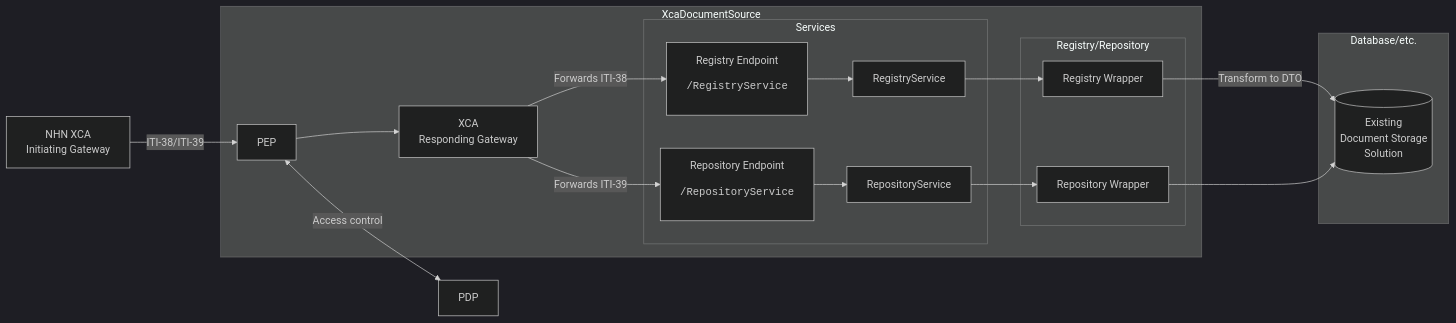
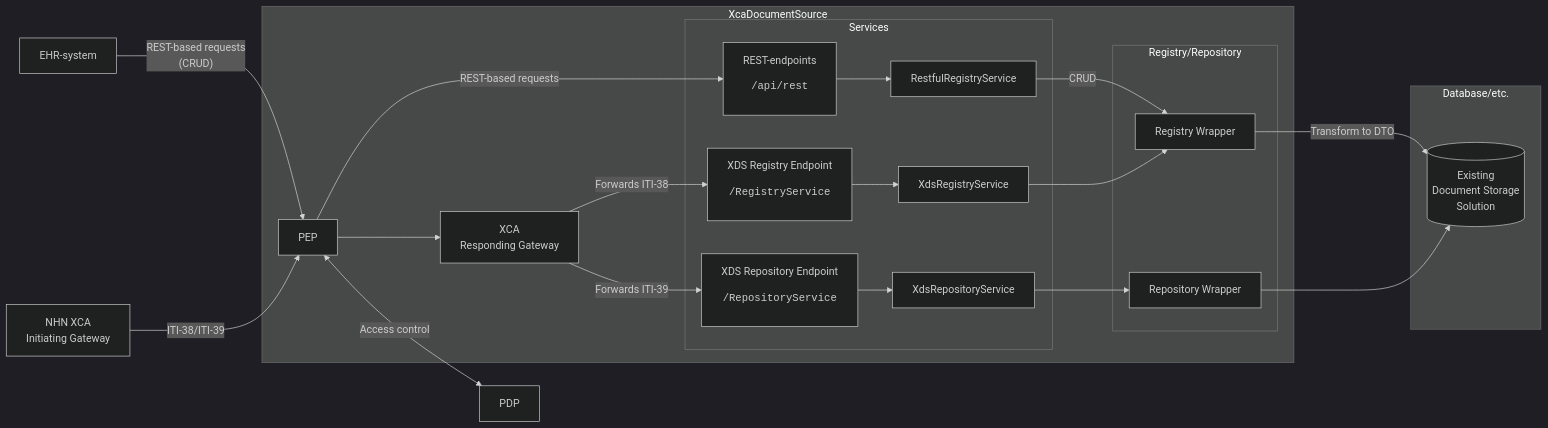
One commit to timmo-nhn/XcaDocumentSource changed the second of 3 diagrams in Docs/TechnicalImplementation.md. Above: the diagram before and after it, drawn with Mermaid. The commit also changed other lines of this file and 46 other files, not shown here.

Commit message:
lots of progess on rest based stuff. better handling of fetching document registry content. updated documentation

````diff
--- a/Docs/TechnicalImplementation.md
+++ b/Docs/TechnicalImplementation.md
@@ -67,43 +81,56 @@
 ```mermaid
 %%{init: {'theme':'dark'}}%%
 
 flowchart LR
 
-nhnxca[NHN XCA <br> Initiating Gateway]
+epr[EHR-system]
+
+nhnxca[NHN XCA<br>Initiating Gateway]
 
 subgraph "XcaDocumentSource"
     pep[PEP]
-    xcares[XCA <br> Responding Gateway]
+    xcares[XCA<br>Responding Gateway]
+
     subgraph "Services"
-        regep[Registry Endpoint<br><pre>/RegistryService]
-        repep[Repository Endpoint<br><pre>/RepositoryService]
-        regs[RegistryService]
-        reps[RepositoryService]
+        restep["REST-endpoints<br><pre>/api/rest"]
+        regep[XDS Registry Endpoint<br><pre>/RegistryService]
+        repep[XDS Repository Endpoint<br><pre>/RepositoryService]
+
+        rests["RestfulRegistryService"]
+
+        regs[XdsRegistryService]
+        reps[XdsRepositoryService]
     end
 
     subgraph "Registry/Repository"
         regw[Registry Wrapper]
         repw[Repository Wrapper]
     end
 end
 subgraph "Database/etc."
-    regrepdb[(Existing <br>Document Storage <br>Solution)]
+    regrepdb[(Existing <br>Document Storage<br>Solution)]
 end
+
+epr--REST-based requests<br>(CRUD)-->pep--REST-based requests-->restep
 
 nhnxca--ITI-38/ITI-39-->pep
 
 pep-->xcares
 pep<--Access control-->PDP
 
 xcares --Forwards ITI-38--> regep
 xcares --Forwards ITI-39--> repep
 
 regep --> regs
 repep --> reps
 
+restep --> rests
+
+rests --CRUD--> regw
+
 regs --> regw
 reps --> repw
 regw--Transform to DTO-->regrepdb
 repw-->regrepdb
 
 ```
````
